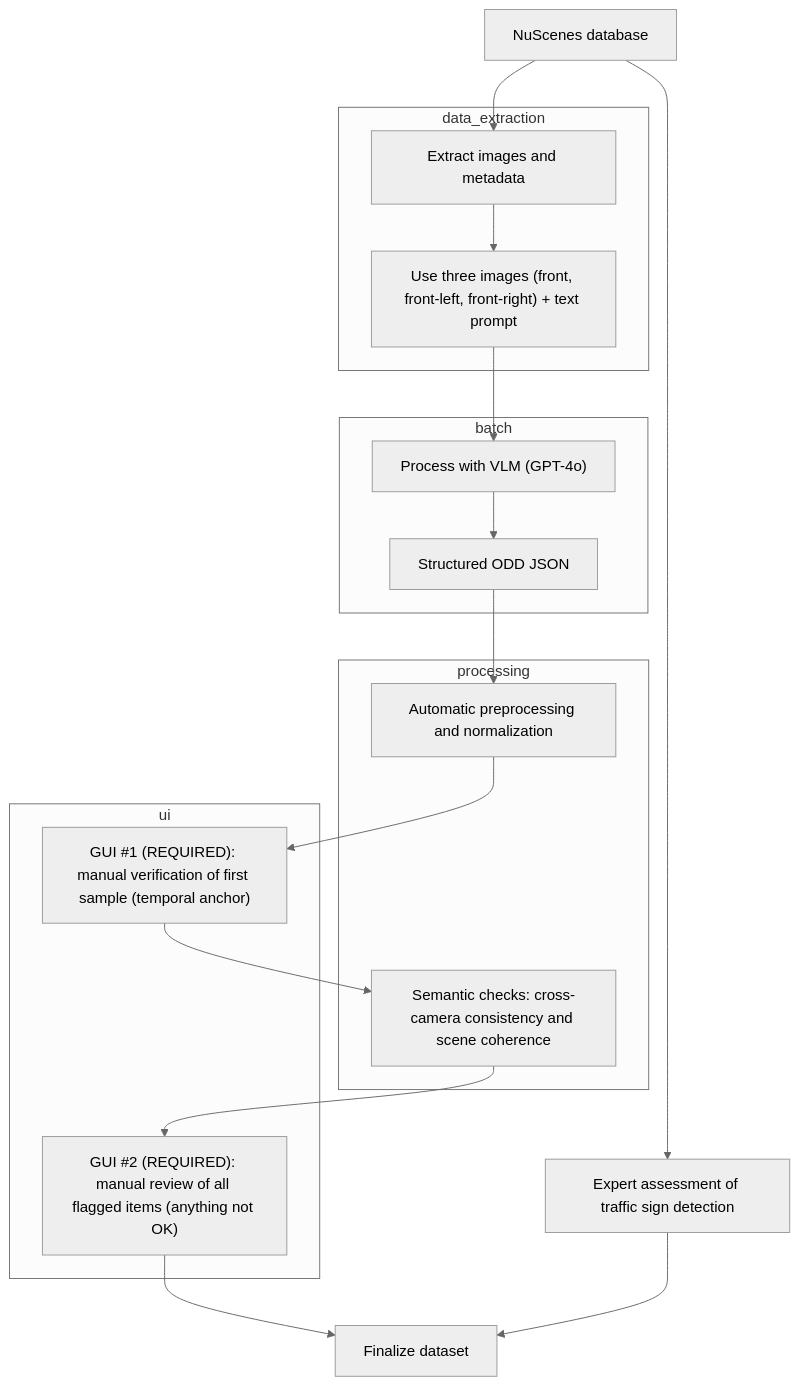
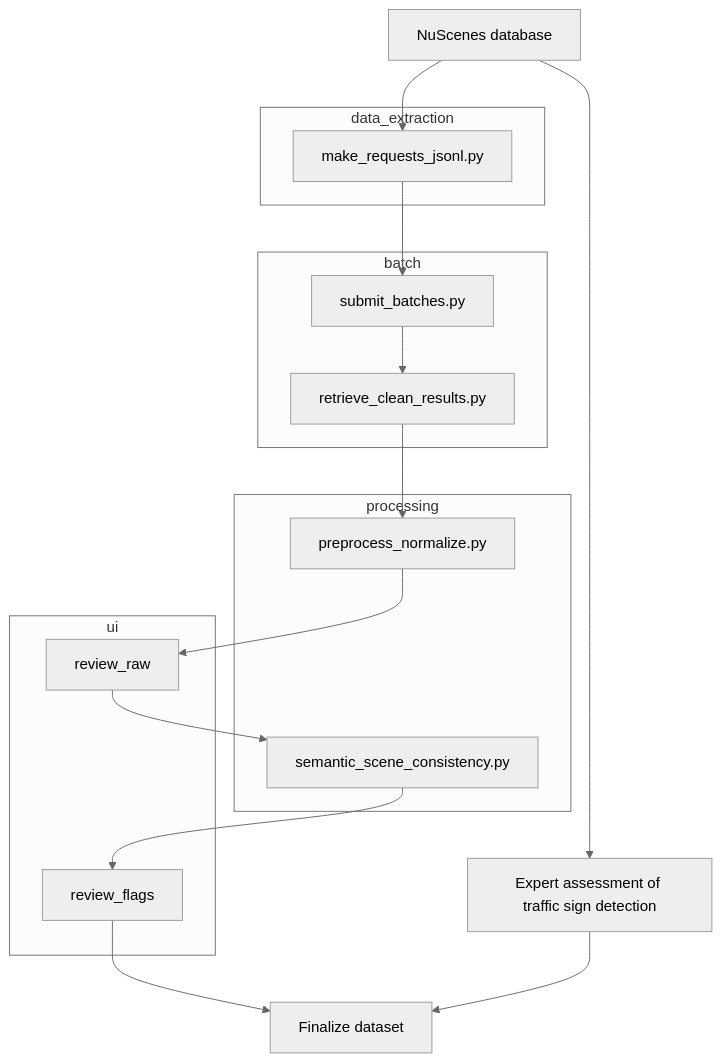
Before and after one commit to mchouai27/vlm-odd-pipeline: the diagram in README.md, drawn with Mermaid (neutral theme).

````diff
--- a/README.md
+++ b/README.md
@@ -11,53 +11,41 @@
 ```mermaid
 flowchart TB
   %% Nodes
   NUSC[NuScenes database]
-  EXTRACT["Extract images and metadata"]
-  THREE["Use three images (front, front-left, front-right) + text prompt"]
-  VLM["Process with VLM (GPT-4o)"]
-  ODD["Structured ODD JSON"]
-  PREP["Automatic preprocessing and normalization"]
-  SEM["Semantic checks: cross-camera consistency and scene coherence"]
-  GUI1["GUI #1 (REQUIRED): manual verification of first sample (temporal anchor)"]
-  GUI2["GUI #2 (REQUIRED): manual review of all flagged items (anything not OK)"]
-  EXPERT["Expert assessment of traffic sign detection"]
-  FINAL["Finalize dataset"]
+  EXTRACT[make_requests_jsonl.py]
+  SUBMIT[submit_batches.py]
+  RETRIEVE[retrieve_clean_results.py]
+  PREP[preprocess_normalize.py]
+  GUI1[review_raw]
+  SEM[semantic_scene_consistency.py]
+  GUI2[review_flags]
+  EXPERT[Expert assessment of traffic sign detection]
+  FINAL[Finalize dataset]
 
   %% Groups (no internal edges)
   subgraph data_extraction
     EXTRACT
-    THREE
   end
 
   subgraph batch
-    VLM
-    ODD
+    SUBMIT
+    RETRIEVE
   end
 
   subgraph processing
     PREP
     SEM
   end
 
   subgraph ui
     GUI1
     GUI2
   end
 
-  %% Main flow (as requested)
-  NUSC --> EXTRACT
-  EXTRACT --> THREE
-  THREE --> VLM
-  VLM --> ODD
-  ODD --> PREP
-  PREP --> GUI1
-  GUI1 --> SEM
-  SEM --> GUI2
-  GUI2 --> FINAL
+  %% Main flow with file-to-file relations
+  NUSC --> EXTRACT --> SUBMIT --> RETRIEVE --> PREP --> GUI1 --> SEM --> GUI2 --> FINAL
 
   %% Additional connection
-  NUSC --> EXPERT
-  EXPERT --> FINAL
-
+  NUSC --> EXPERT --> FINAL
 
 ```
````
